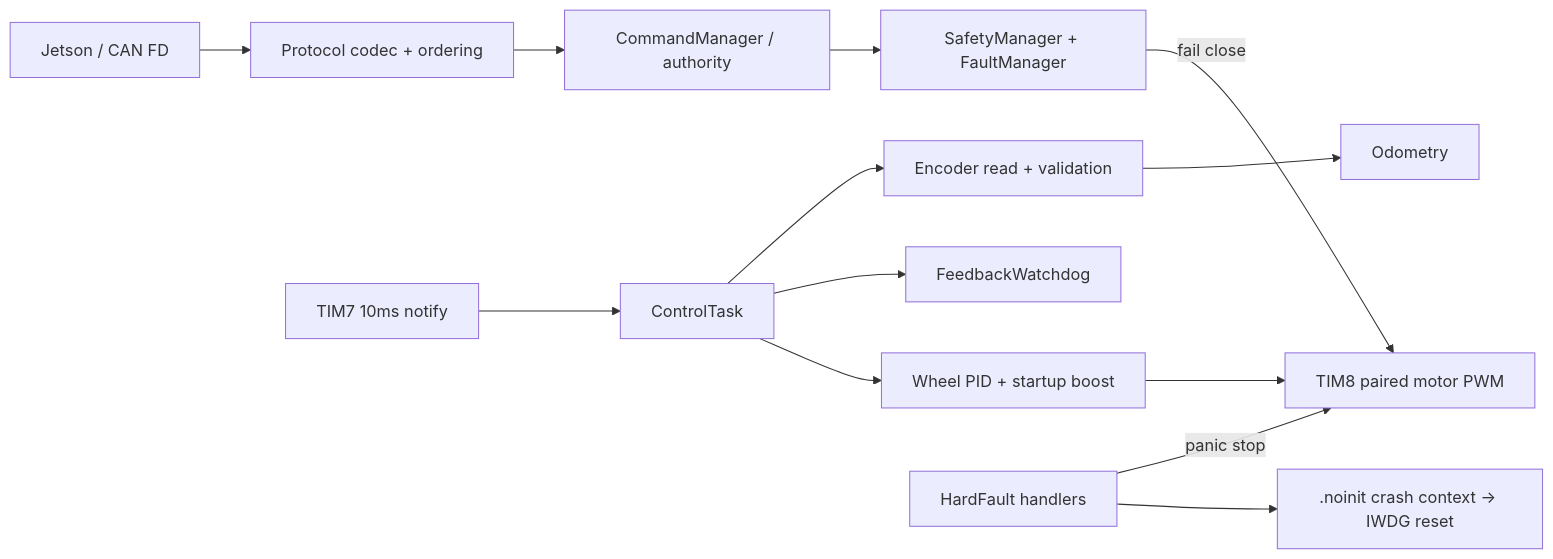
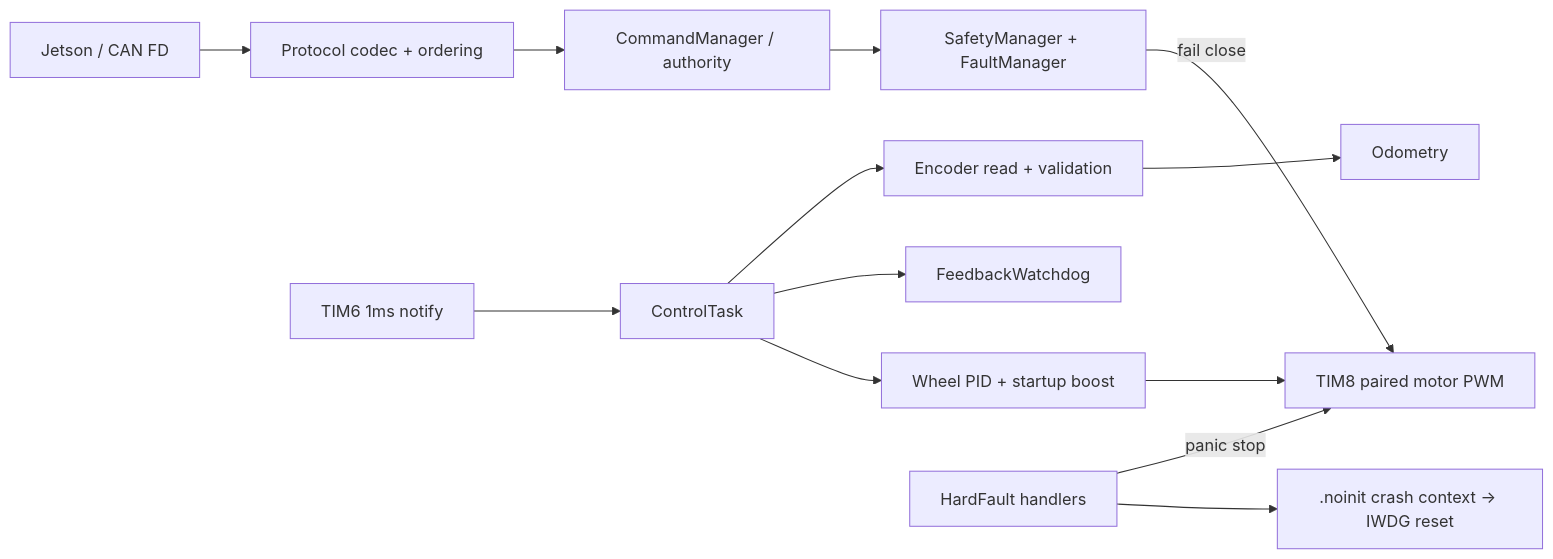
One commit to shanjiancaofu/chassis-controller changed the diagram in docs/v1_architecture_interview.md. Above: the diagram before and after it, drawn with Mermaid. The commit also changed other lines of this file and 5 other files, not shown here.

````diff
--- a/docs/v1_architecture_interview.md
+++ b/docs/v1_architecture_interview.md
@@ -3,15 +3,15 @@
 ```mermaid
 flowchart LR
     J[Jetson / CAN FD] --> P[Protocol codec + ordering]
     P --> C[CommandManager / authority]
     C --> S[SafetyManager + FaultManager]
-    T[TIM7 10ms notify] --> R[ControlTask]
+    T[TIM6 1ms notify] --> R[ControlTask]
     R --> E[Encoder read + validation]
     R --> W[FeedbackWatchdog]
     R --> PID[Wheel PID + startup boost]
     PID --> M[TIM8 paired motor PWM]
     E --> O[Odometry]
     S -->|fail close| M
     H[HardFault handlers] -->|panic stop| M
     H --> X[.noinit crash context → IWDG reset]
 ```
````
